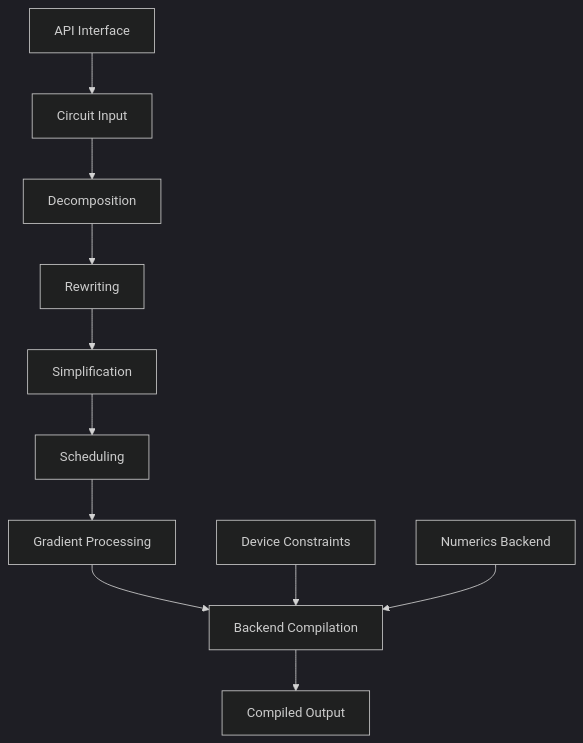
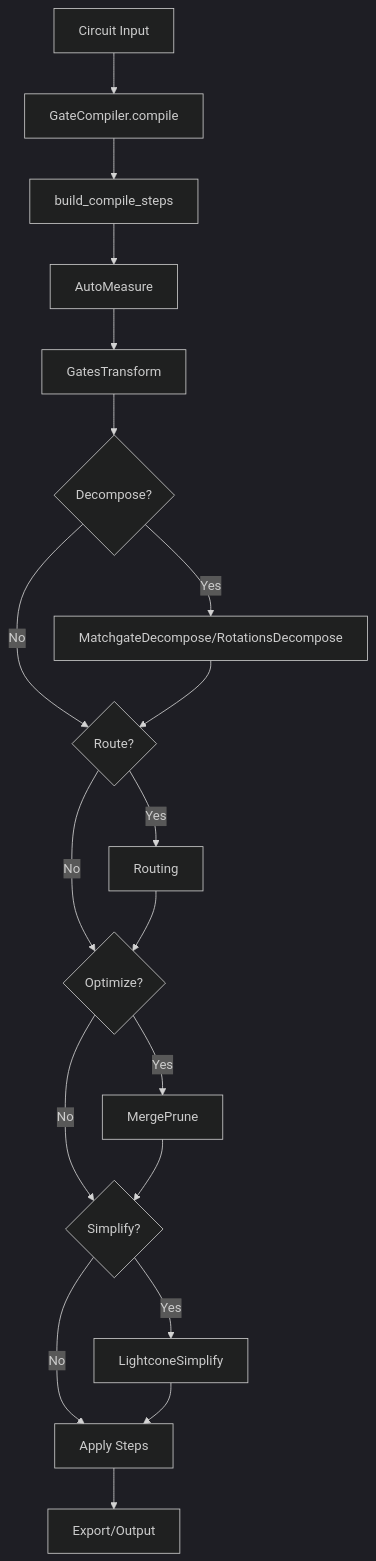
The first of 14 diagrams in .qoder/repowiki/en/content/Core Framework Architecture/Compiler Pipeline/Compiler Pipeline.md (QureGenAI-Biotech/TyxonQ), drawn with Mermaid (dark theme) before and after one commit. The commit also changed other lines of this file and 516 other files, not shown here.

````diff
--- a/.qoder/repowiki/en/content/Core Framework Architecture/Compiler Pipeline/Compiler Pipeline.md
+++ b/.qoder/repowiki/en/content/Core Framework Architecture/Compiler Pipeline/Compiler Pipeline.md
@@ -64,13 +68,21 @@
 ```mermaid
 graph TD
-A[Circuit Input] --> B[Decomposition]
-B --> C[Rewriting]
-C --> D[Simplification]
-D --> E[Scheduling]
-E --> F[Gradient Processing]
-F --> G[Backend Compilation]
-G --> H[Compiled Output]
-I[API Interface] --> A
-J[Device Constraints] --> G
-K[Numerics Backend] --> G
+A[Circuit Input] --> B[GateCompiler.compile]
+B --> C[build_compile_steps]
+C --> D[AutoMeasure]
+D --> E[GatesTransform]
+E --> F{Decompose?}
+F --> |Yes| G[MatchgateDecompose/RotationsDecompose]
+F --> |No| H{Route?}
+G --> H
+H --> |Yes| I[Routing]
+H --> |No| J{Optimize?}
+I --> J
+J --> |Yes| K[MergePrune]
+J --> |No| L{Simplify?}
+K --> L
+L --> |Yes| M[LightconeSimplify]
+L --> |No| N[Apply Steps]
+M --> N
+N --> O[Export/Output]
 ```
````
